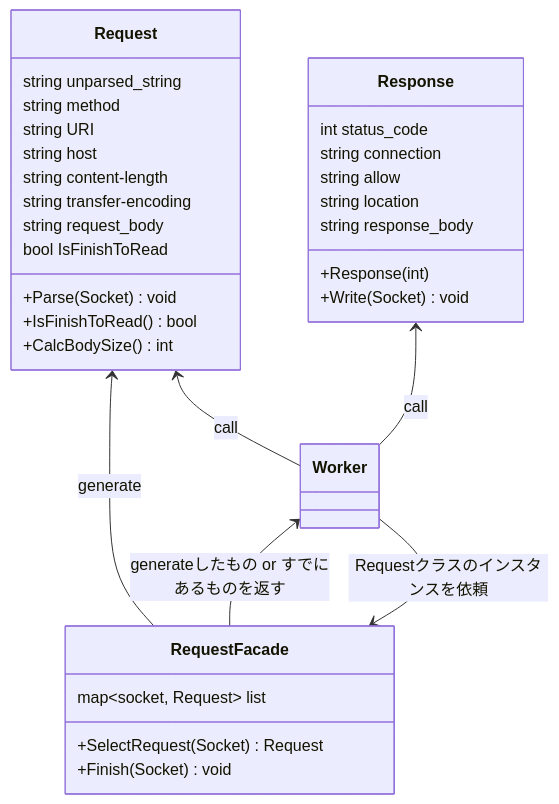
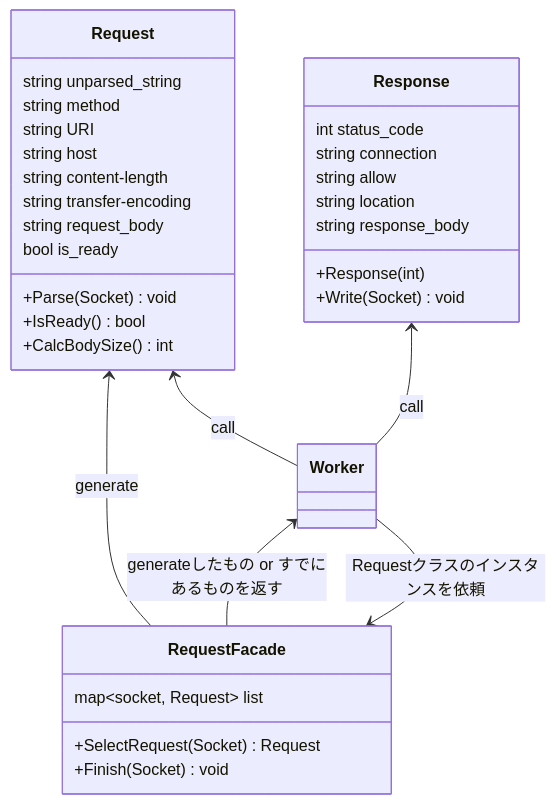
One commit to katataku/webserv changed the diagram in docs/class/http_class.md. Above: the diagram before and after it, drawn with Mermaid. The commit also changed 6 other files, not shown here.

````diff
--- a/docs/class/http_class.md
+++ b/docs/class/http_class.md
@@ -1,45 +1,45 @@
 ```mermaid
 classDiagram
    class RequestFacade{
         map~socket, Request~ list
         +SelectRequest(Socket) Request
         +Finish(Socket) void
     }
 
     %% TODO: CalcBodySize()の詳細を詰める && nginxのmax_body_sizeも確認 %%
     class Request{
         string unparsed_string
         string method
         string URI
         string host
         string content-length
         string transfer-encoding
         string request_body
-        bool IsFinishToRead
+        bool is_ready
         
         +Parse(Socket) void
-        +IsFinishToRead() bool
+        +IsReady() bool
         +CalcBodySize() int
     }
 
     class Response{
         int status_code
         string connection
         string allow
         string location
         string response_body
 
         +Response(int)
         +Write(Socket) void
     }
 
 
 Request <-- RequestFacade : generate
 
 Worker <-- RequestFacade : generateしたもの or すでにあるものを返す
 Worker --> RequestFacade : Requestクラスのインスタンスを依頼
 
 
 Request  <--  Worker :call
 Response  <--  Worker :call
 ```
````
